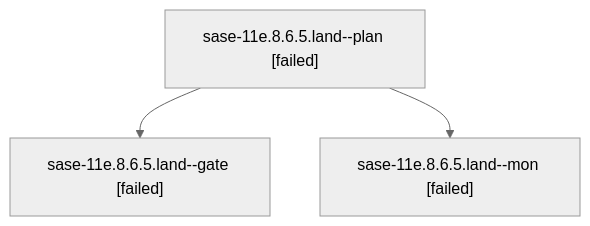
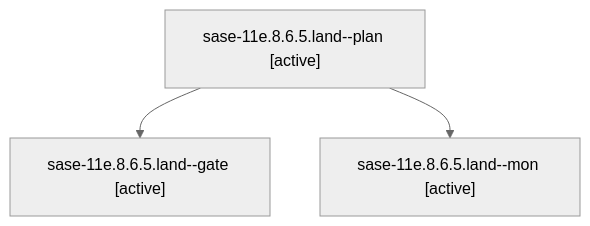
The diagram in families/bbugyi200.athena.sase-11e.8.6.5.land.md (sase-org/sase--agents), drawn with Mermaid (neutral theme) before and after one commit. The commit also changed other lines of this file and 35830 other files, not shown here.

````diff
--- a/families/bbugyi200.athena.sase-11e.8.6.5.land.md
+++ b/families/bbugyi200.athena.sase-11e.8.6.5.land.md
@@ -9,8 +9,8 @@
 ```mermaid
 flowchart TD
-  n0["sase-11e.8.6.5.land--plan [failed]"]
-  n1["sase-11e.8.6.5.land--gate [failed]"]
+  n0["sase-11e.8.6.5.land--plan [active]"]
+  n1["sase-11e.8.6.5.land--gate [active]"]
   n0 --> n1
-  n2["sase-11e.8.6.5.land--mon [failed]"]
+  n2["sase-11e.8.6.5.land--mon [active]"]
   n0 --> n2
 ```
````
